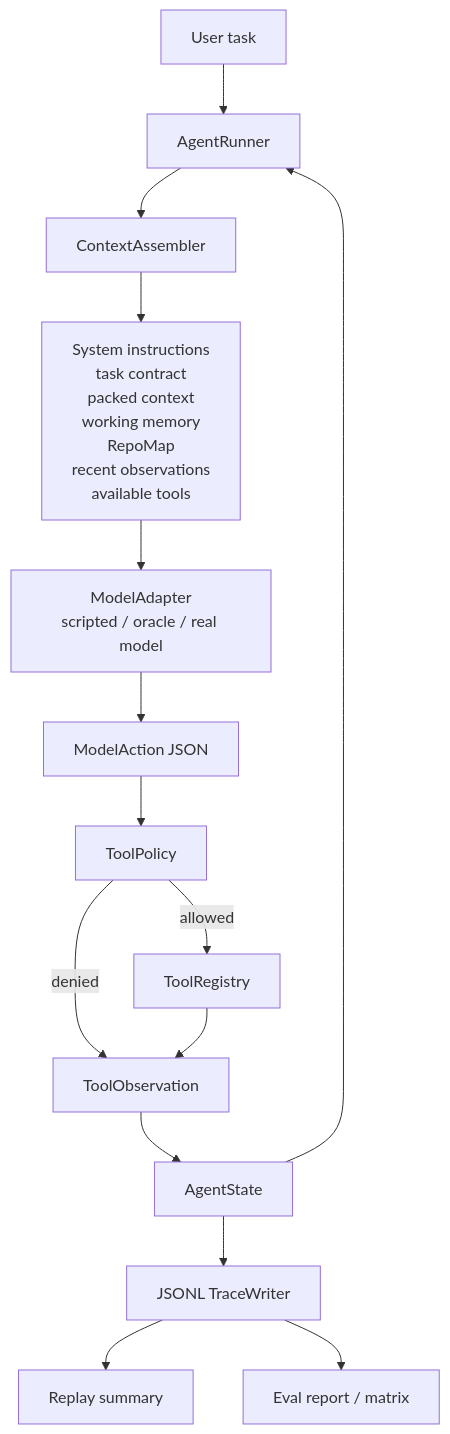
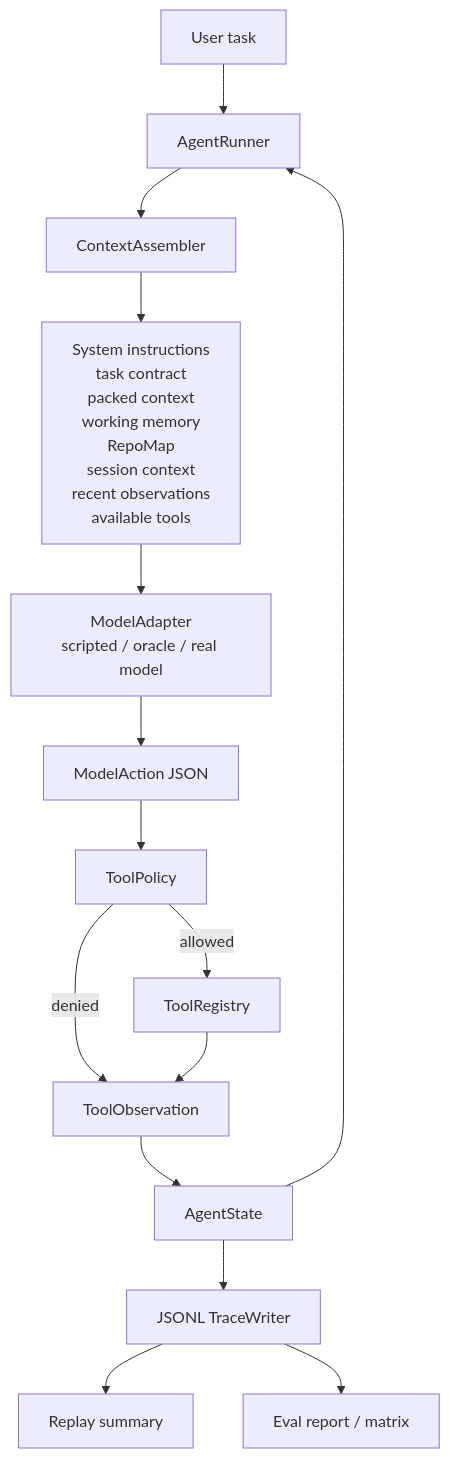
One commit to LKRCharon/Harness-Coder changed the first of 3 diagrams in docs/architecture.md. Above: the diagram before and after it, drawn with Mermaid. The commit also changed other lines of this file and 24 other files, not shown here.

````diff
--- a/docs/architecture.md
+++ b/docs/architecture.md
@@ -8,17 +8,17 @@
 ```mermaid
 flowchart TD
     UserTask["User task"] --> Runner["AgentRunner"]
     Runner --> Context["ContextAssembler"]
-    Context --> Prompt["System instructions<br/>task contract<br/>packed context<br/>working memory<br/>RepoMap<br/>recent observations<br/>available tools"]
+    Context --> Prompt["System instructions<br/>task contract<br/>packed context<br/>working memory<br/>RepoMap<br/>session context<br/>recent observations<br/>available tools"]
     Prompt --> Model["ModelAdapter<br/>scripted / oracle / real model"]
     Model --> Action["ModelAction JSON"]
     Action --> Policy["ToolPolicy"]
     Policy -->|allowed| Tools["ToolRegistry"]
     Policy -->|denied| Observation["ToolObservation"]
     Tools --> Observation
     Observation --> State["AgentState"]
     State --> Trace["JSONL TraceWriter"]
     Trace --> Replay["Replay summary"]
     Trace --> Eval["Eval report / matrix"]
     State --> Runner
 ```
````
